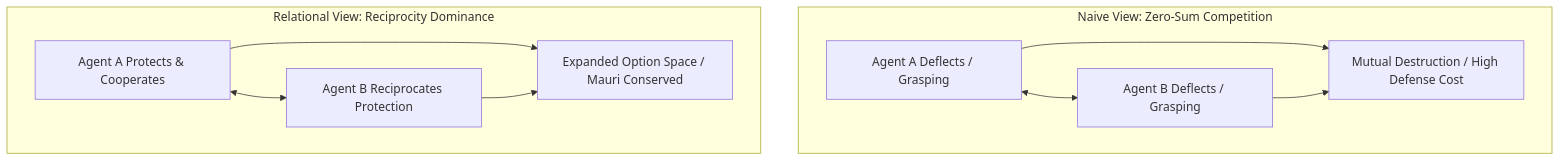
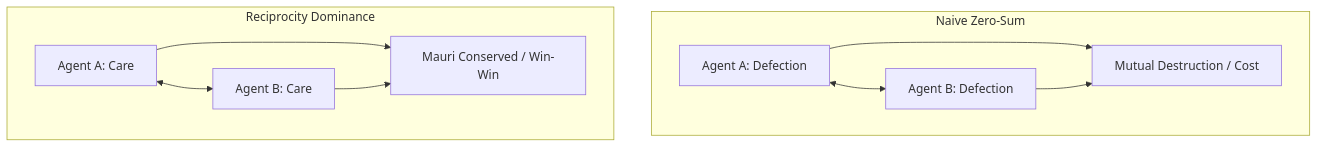
The diagram in UNIT-04-TE-TURE-O-TE-KAITIAKI.md (Tobillicious/mangakotukutuku-curriculum), drawn with Mermaid before and after one commit. The commit also changed other lines of this file and 7 other files, not shown here.

````diff
--- a/UNIT-04-TE-TURE-O-TE-KAITIAKI.md
+++ b/UNIT-04-TE-TURE-O-TE-KAITIAKI.md
@@ -29,12 +29,12 @@
 ```mermaid
 flowchart TD
-    subgraph ZeroSum ["Naive View: Zero-Sum Competition"]
-        A["Agent A Deflects / Grasping"] <--> B["Agent B Deflects / Grasping"]
-        A & B --> C["Mutual Destruction / High Defense Cost"]
+    subgraph ZeroSum ["Naive Zero-Sum"]
+        A["Agent A: Defection"] <--> B["Agent B: Defection"]
+        A & B --> C["Mutual Destruction / Cost"]
     end
 
-    subgraph Reciprocity ["Relational View: Reciprocity Dominance"]
-        D["Agent A Protects & Cooperates"] <--> E["Agent B Reciprocates Protection"]
-        D & E --> F["Expanded Option Space / Mauri Conserved"]
+    subgraph Reciprocity ["Reciprocity Dominance"]
+        D["Agent A: Care"] <--> E["Agent B: Care"]
+        D & E --> F["Mauri Conserved / Win-Win"]
     end
 ```
````
